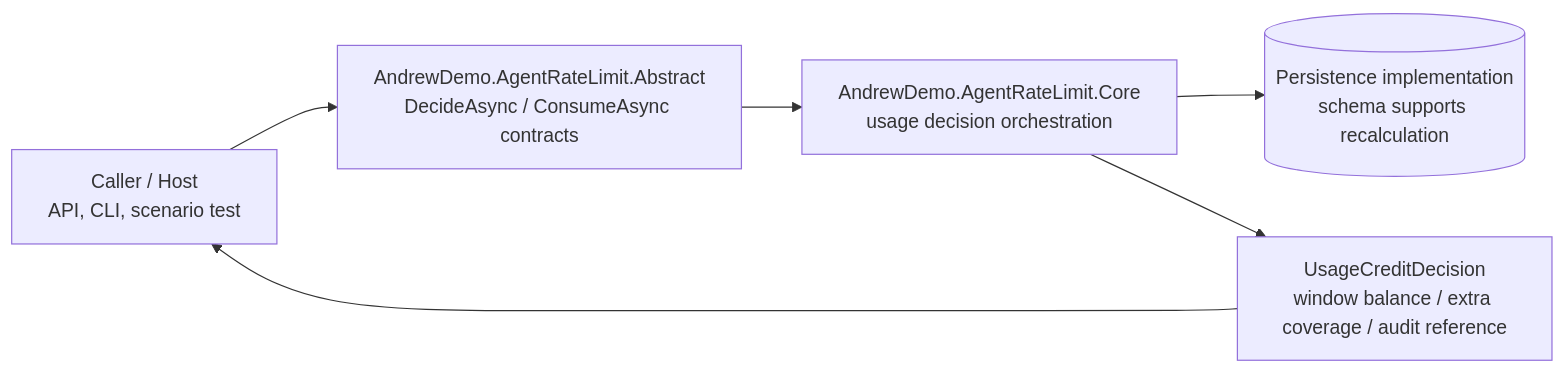
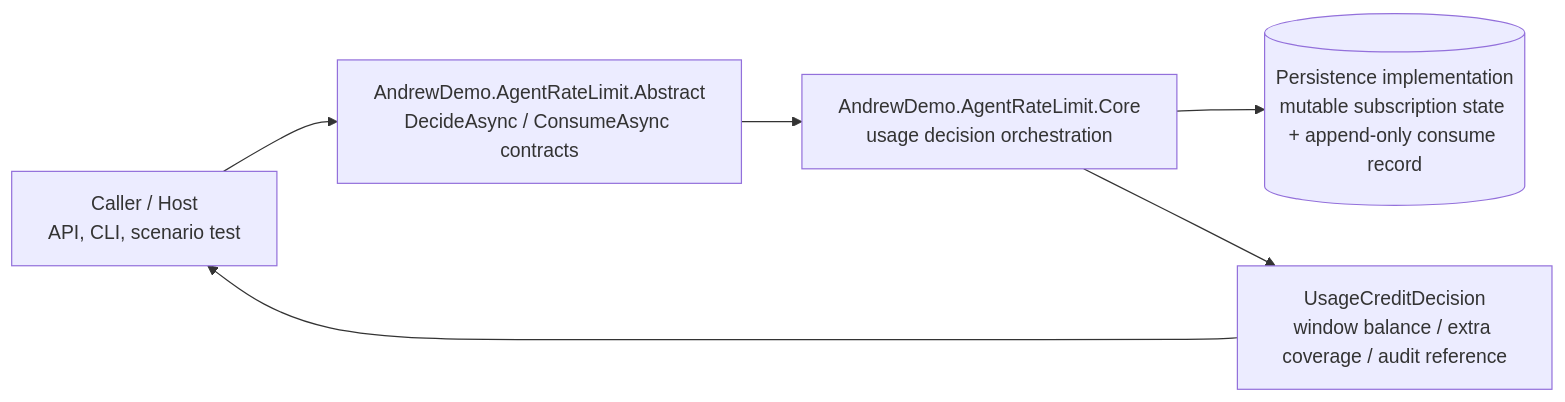
Before and after one commit to andrew0928/AndrewDemo.AgentRateLimit: the second of 3 diagrams in docs/architecture/subscription-credit-abstract-design.md, drawn with Mermaid. The commit also changed other lines of this file and 13 other files, not shown here.

````diff
--- a/docs/architecture/subscription-credit-abstract-design.md
+++ b/docs/architecture/subscription-credit-abstract-design.md
@@ -351,8 +368,8 @@
 ```mermaid
 flowchart LR
     Caller["Caller / Host\nAPI, CLI, scenario test"] --> Abstract["AndrewDemo.AgentRateLimit.Abstract\nDecideAsync / ConsumeAsync contracts"]
     Abstract --> Core["AndrewDemo.AgentRateLimit.Core\nusage decision orchestration"]
-    Core --> Store[("Persistence implementation\nschema supports recalculation")]
+    Core --> Store[("Persistence implementation\nmutable subscription state + append-only consume record")]
     Core --> Evidence["UsageCreditDecision\nwindow balance / extra coverage / audit reference"]
     Evidence --> Caller
 ```
````
